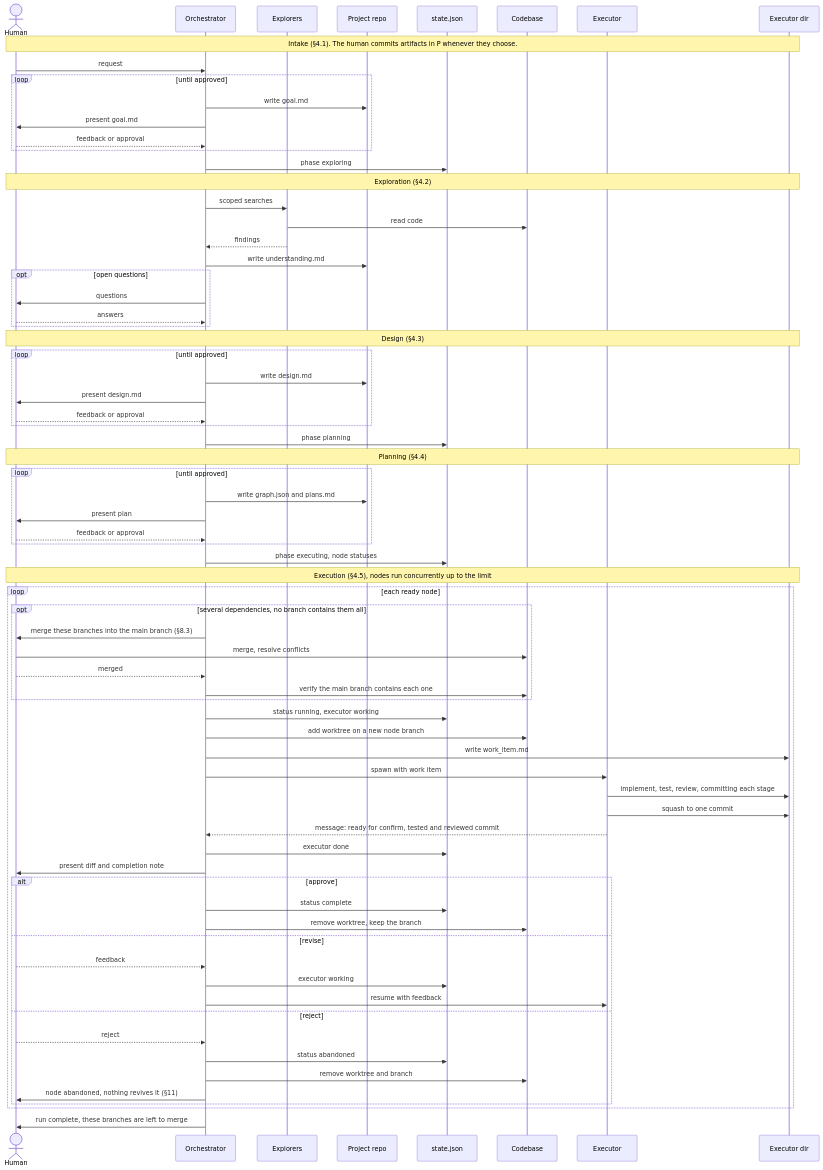
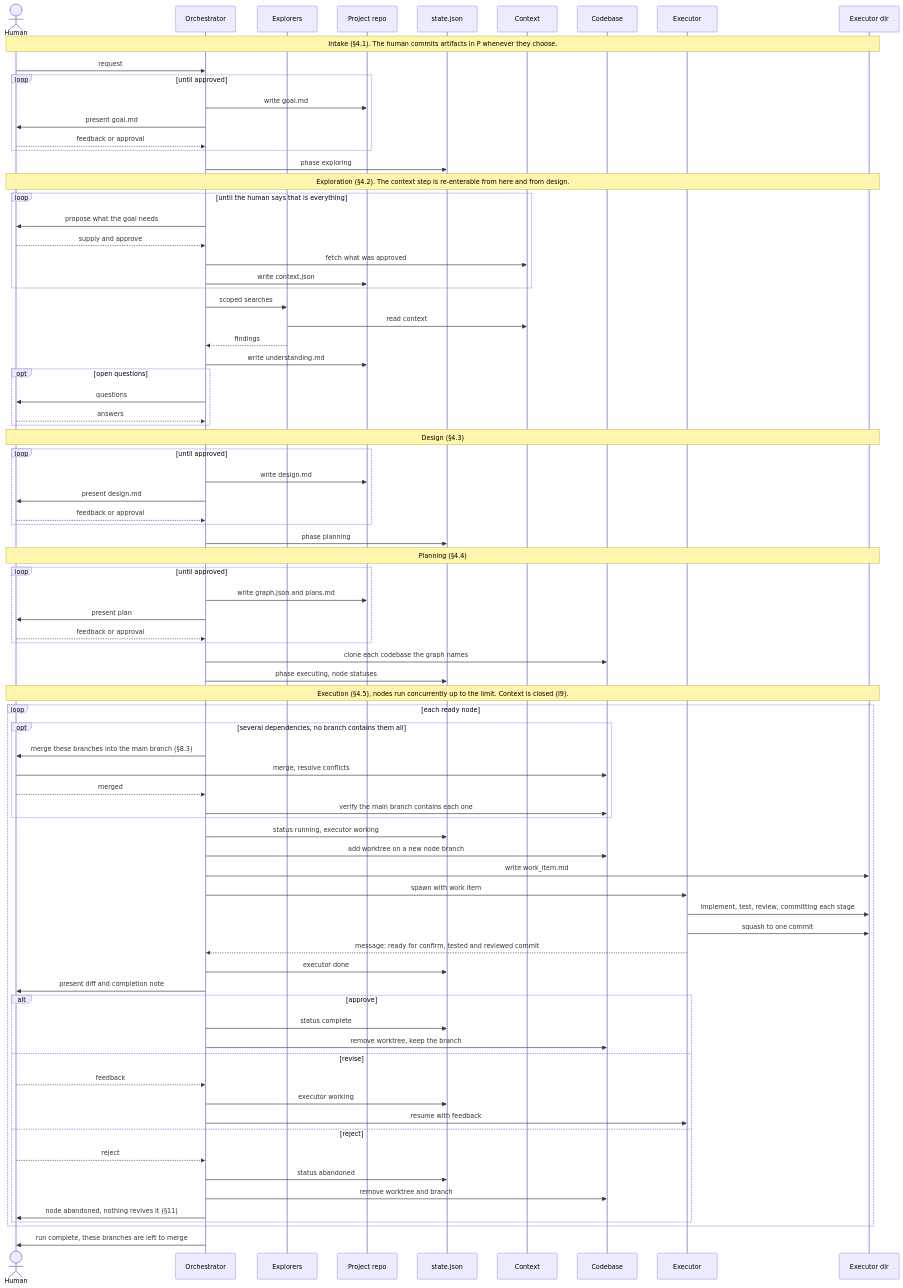
Before and after one commit to hyunbumy/devflow: the second of 4 diagrams in docs/design.md, drawn with Mermaid. The commit also changed other lines of this file and 1 other file, not shown here.

Commit message:
update docs for context adding

```diff
--- a/docs/design.md
+++ b/docs/design.md
@@ -232,6 +347,7 @@
     participant X as Explorers
     participant P as Project repo
     participant S as state.json
+    participant K as Context
     participant C as Codebase
     participant E as Executor
     participant W as Executor dir
@@ -245,9 +361,15 @@
     end
     O->>S: phase exploring
 
-    Note over H,W: Exploration (§4.2)
+    Note over H,W: Exploration (§4.2). The context step is re-enterable from here and from design.
+    loop until the human says that is everything
+        O->>H: propose what the goal needs
+        H-->>O: supply and approve
+        O->>K: fetch what was approved
+        O->>P: write context.json
+    end
     O->>X: scoped searches
-    X->>C: read code
+    X->>K: read context
     X-->>O: findings
     O->>P: write understanding.md
     opt open questions
@@ -269,9 +391,10 @@
         O->>H: present plan
         H-->>O: feedback or approval
     end
+    O->>C: clone each codebase the graph names
     O->>S: phase executing, node statuses
 
-    Note over H,W: Execution (§4.5), nodes run concurrently up to the limit
+    Note over H,W: Execution (§4.5), nodes run concurrently up to the limit. Context is closed (I9).
     loop each ready node
         opt several dependencies, no branch contains them all
             O->>H: merge these branches into the main branch (§8.3)
```
